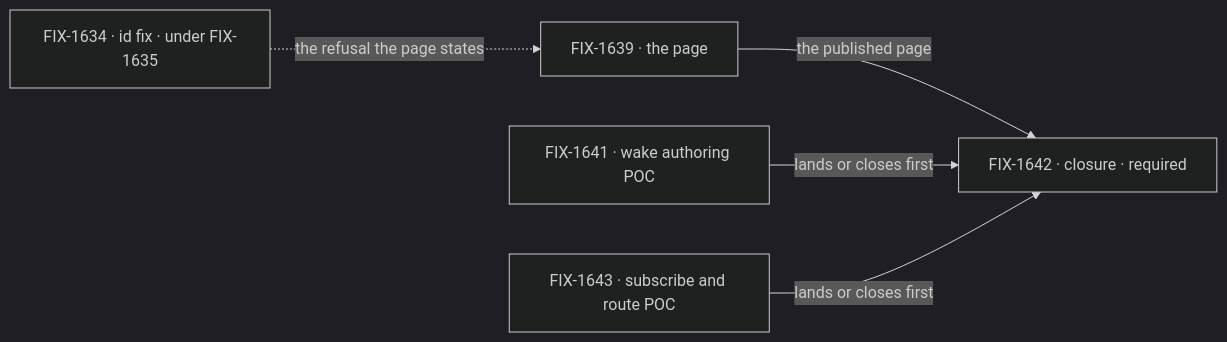
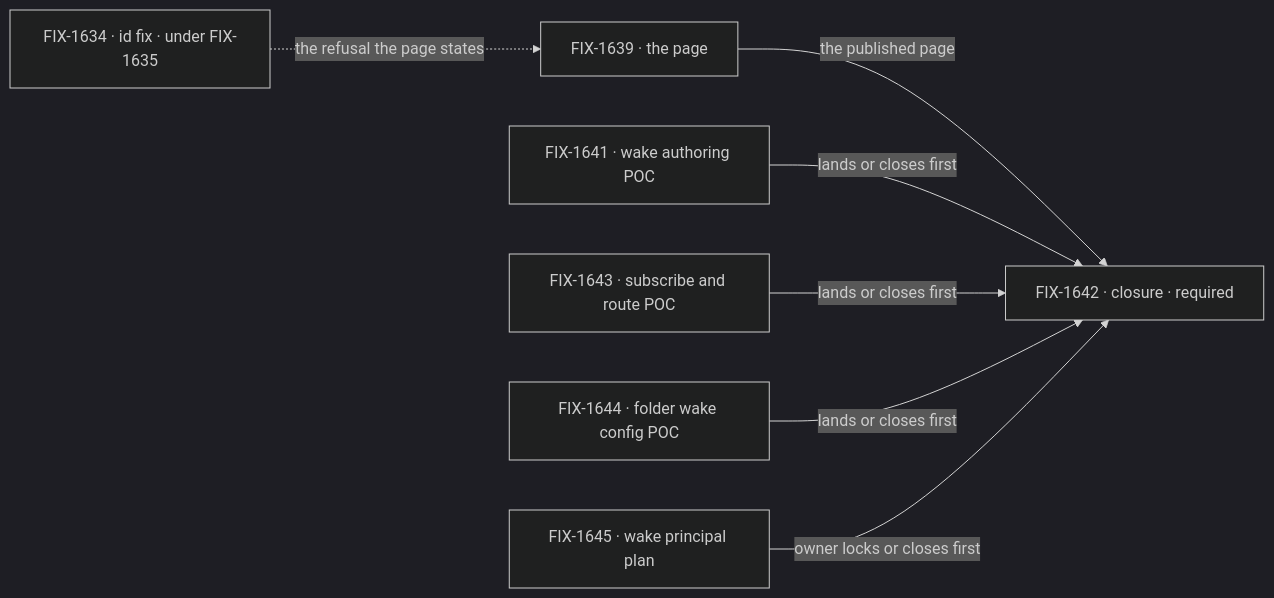
Before and after one commit to fixpoint-labs/flow-state-dev: the second of 2 diagrams in specs/epics/FIX-1637/SPEC.md, drawn with Mermaid (dark theme). The commit also changed other lines of this file and 4 other files, not shown here.

````diff
--- a/specs/epics/FIX-1637/SPEC.md
+++ b/specs/epics/FIX-1637/SPEC.md
@@ -95,7 +100,9 @@
 ```mermaid
 flowchart LR
   I["FIX-1634 · id fix · under FIX-1635"] -.->|"the refusal the page states"| P["FIX-1639 · the page"]
   P -->|"the published page"| Z["FIX-1642 · closure · required"]
   E["FIX-1641 · wake authoring POC"] -->|"lands or closes first"| Z
   S["FIX-1643 · subscribe and route POC"] -->|"lands or closes first"| Z
+  C["FIX-1644 · folder wake config POC"] -->|"lands or closes first"| Z
+  W["FIX-1645 · wake principal plan"] -->|"owner locks or closes first"| Z
 ```
````
